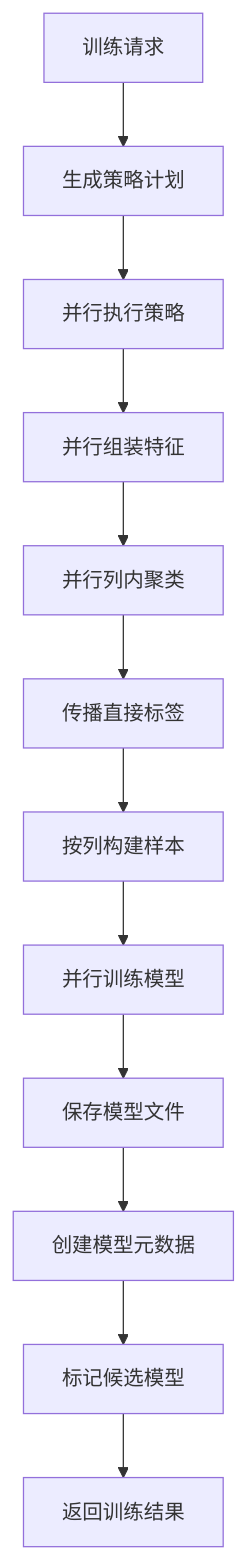
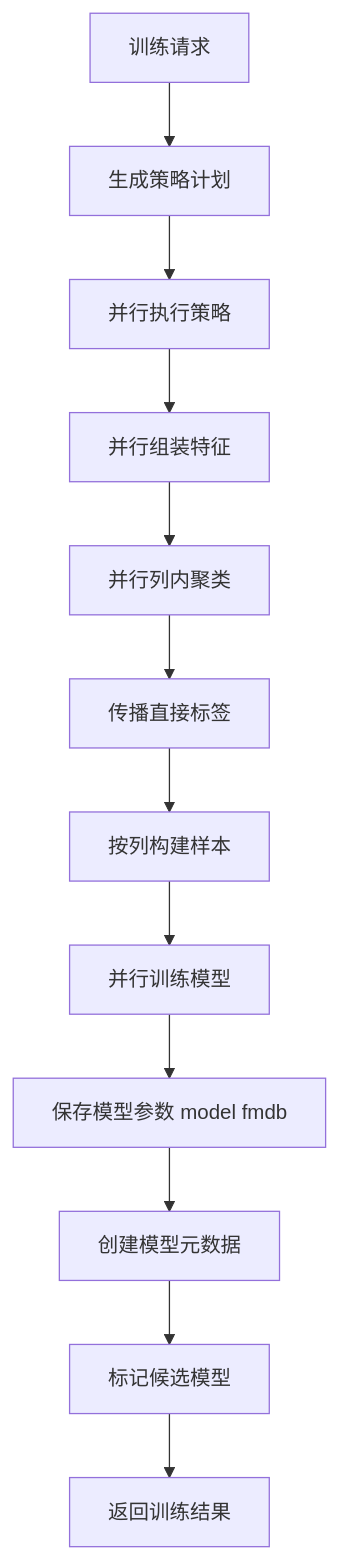
One commit to 18963603561/fmdb_udf_raha changed the seventh of 13 diagrams in doc/20260715/Raha工程-源码完整分析-202607150943.md. Above: the diagram before and after it, drawn with Mermaid. The commit also changed other lines of this file and 16 other files, not shown here.

````diff
--- a/doc/20260715/Raha工程-源码完整分析-202607150943.md
+++ b/doc/20260715/Raha工程-源码完整分析-202607150943.md
@@ -577,14 +758,14 @@
 ```mermaid
 graph TD;
 n01[训练请求] --> n02[生成策略计划];
 n02 --> n03[并行执行策略];
 n03 --> n04[并行组装特征];
 n04 --> n05[并行列内聚类];
 n05 --> n06[传播直接标签];
 n06 --> n07[按列构建样本];
 n07 --> n08[并行训练模型];
-n08 --> n09[保存模型文件];
+n08 --> n09[保存模型参数 model fmdb];
 n09 --> n10[创建模型元数据];
 n10 --> n11[标记候选模型];
 n11 --> n12[返回训练结果];
 ```
````
